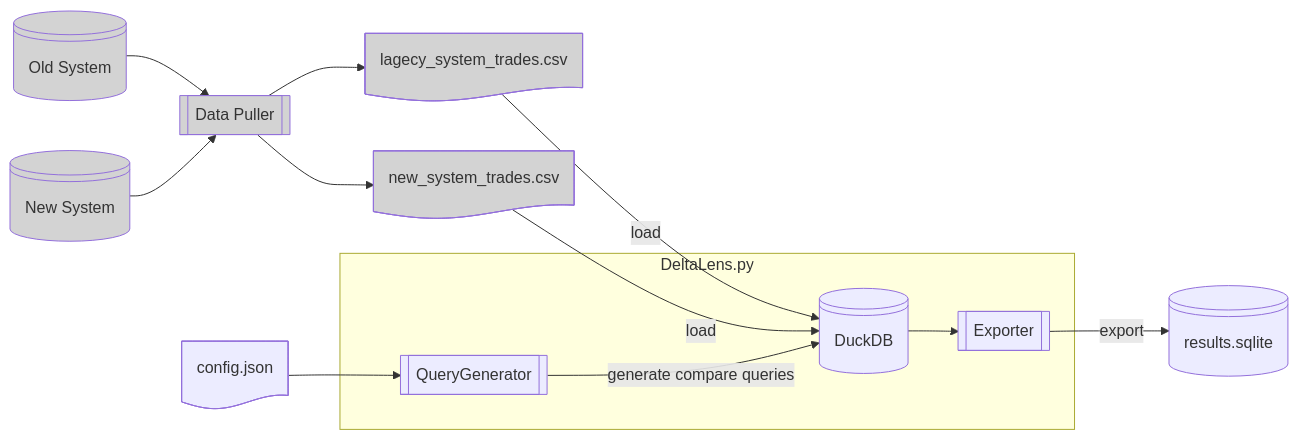
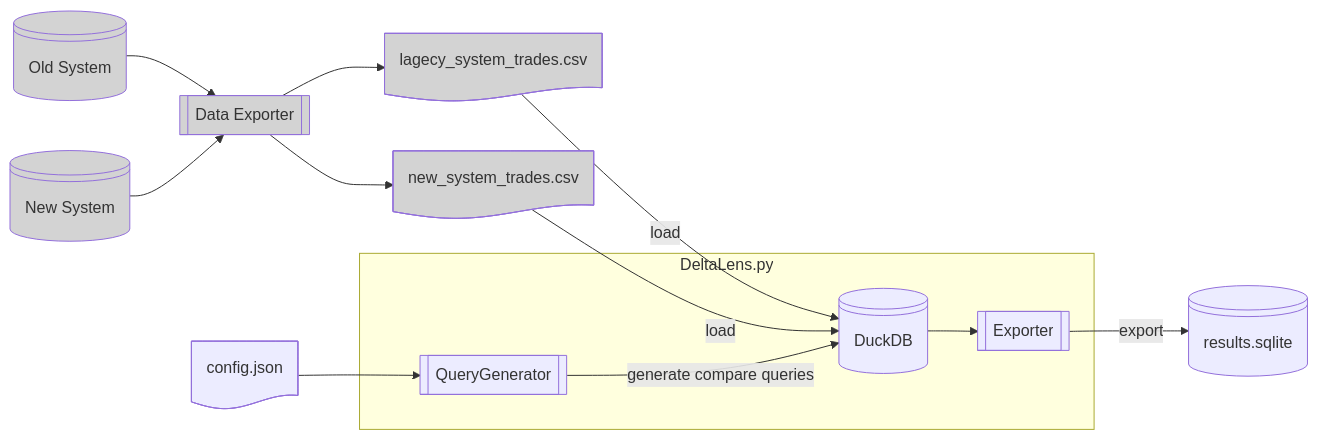
The diagram in readme.md (unclepaul84/duck-db-datacompare), drawn with Mermaid before and after one commit.

````diff
--- a/readme.md
+++ b/readme.md
@@ -15,30 +15,30 @@
 ```mermaid
 
 flowchart LR
 
     Old_System:::external@{ shape: lin-cyl, label: "Old System" }
     New_System:::external@{ shape: lin-cyl, label: "New System" }
-    Data_puller:::external@{ shape: subproc, label: "Data Puller" }
+    Data_puller:::external@{ shape: subproc, label: "Data Exporter" }
     Old_System-->Data_puller
     New_System-->Data_puller
     Data_puller-->Trades_1
     Data_puller-->Trades_2
     Trades_1:::external@{ shape: doc, label: "new_system_trades.csv" }
     Trades_2:::external@{ shape: doc, label: "lagecy_system_trades.csv" }
     Config@{ shape: doc, label: "config.json" }
     Config-->TableQueryGenerator
     Trades_2 -->|load|DuckDB
     Trades_1 -->|load|DuckDB
     subgraph DeltaLens.py
         TableQueryGenerator@{ shape: subproc, label: "QueryGenerator" }
         TableQueryGenerator-->|generate compare queries|DuckDB
         DuckDB@{ shape: lin-cyl, label: "DuckDB" }
         DuckDB-->Exporter
         Exporter@{ shape: subproc, label: "Exporter" }
        
     end
     Exporter-->|export|Sqlite
     Sqlite@{ shape: lin-cyl, label: "results.sqlite" }
     classDef external fill:lightgray
 
 ```
````
